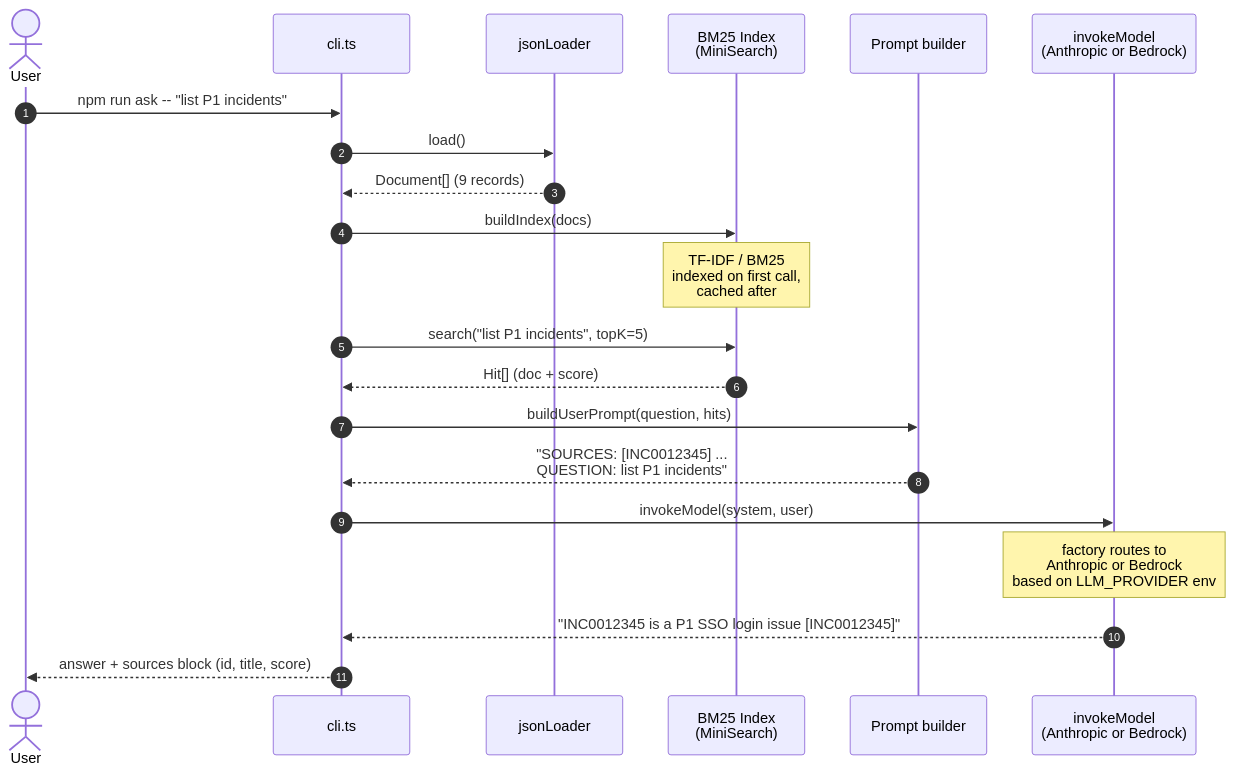
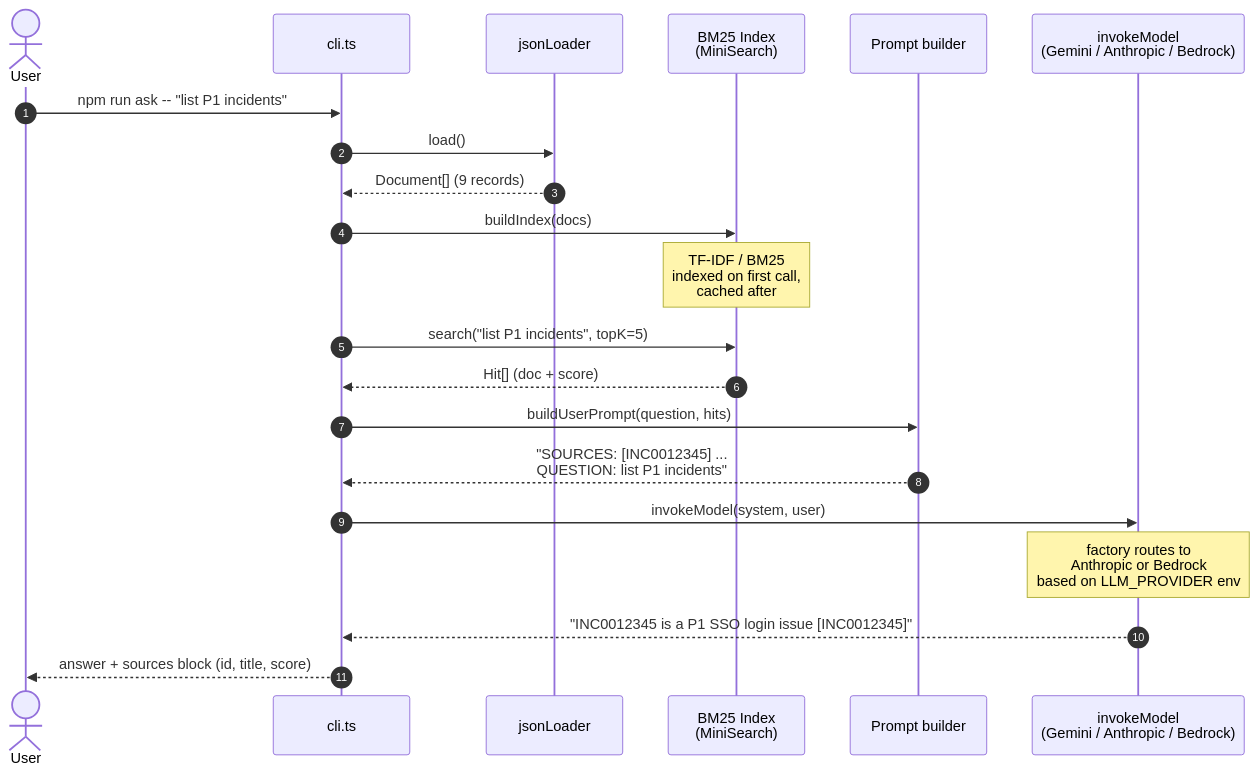
One commit to mdasiff/vectorless-rag-nodejs changed the second of 5 diagrams in docs/architecture.md. Above: the diagram before and after it, drawn with Mermaid. The commit also changed other lines of this file and 7 other files, not shown here.

First line of the commit message:
Add Google Gemini as third LLM provider (free tier, no billing wall)

````diff
--- a/docs/architecture.md
+++ b/docs/architecture.md
@@ -73,24 +76,24 @@
 ```mermaid
 sequenceDiagram
     autonumber
     actor User
     participant CLI as cli.ts
     participant Loader as jsonLoader
     participant Index as BM25 Index<br/>(MiniSearch)
     participant Prompt as Prompt builder
-    participant LLM as invokeModel<br/>(Anthropic or Bedrock)
+    participant LLM as invokeModel<br/>(Gemini / Anthropic / Bedrock)
 
     User->>CLI: npm run ask -- "list P1 incidents"
     CLI->>Loader: load()
     Loader-->>CLI: Document[] (9 records)
     CLI->>Index: buildIndex(docs)
     Note over Index: TF-IDF / BM25<br/>indexed on first call,<br/>cached after
     CLI->>Index: search("list P1 incidents", topK=5)
     Index-->>CLI: Hit[] (doc + score)
     CLI->>Prompt: buildUserPrompt(question, hits)
     Prompt-->>CLI: "SOURCES: [INC0012345] ...<br/>QUESTION: list P1 incidents"
     CLI->>LLM: invokeModel(system, user)
     Note over LLM: factory routes to<br/>Anthropic or Bedrock<br/>based on LLM_PROVIDER env
     LLM-->>CLI: "INC0012345 is a P1 SSO login issue [INC0012345]"
     CLI-->>User: answer + sources block (id, title, score)
 ```
````
